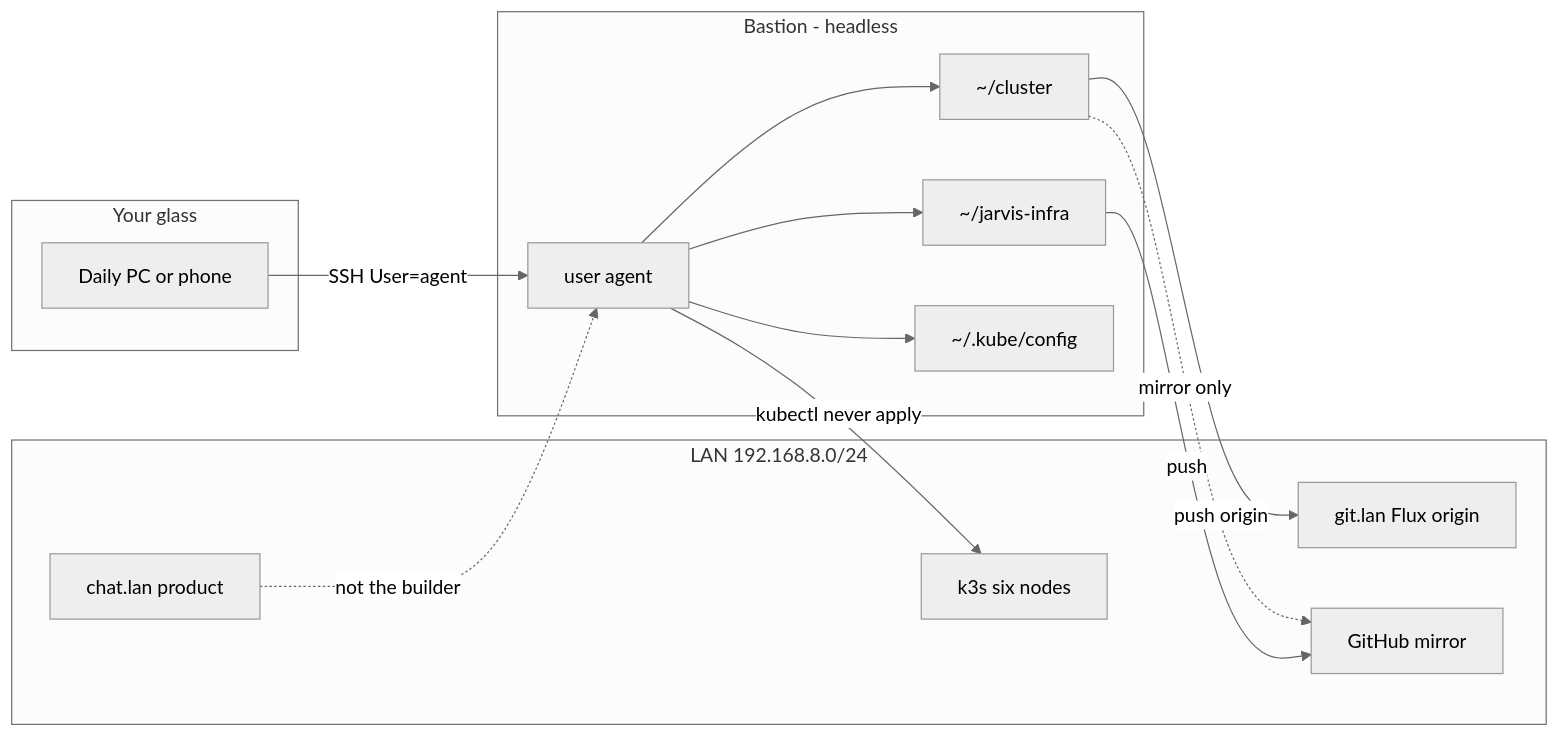
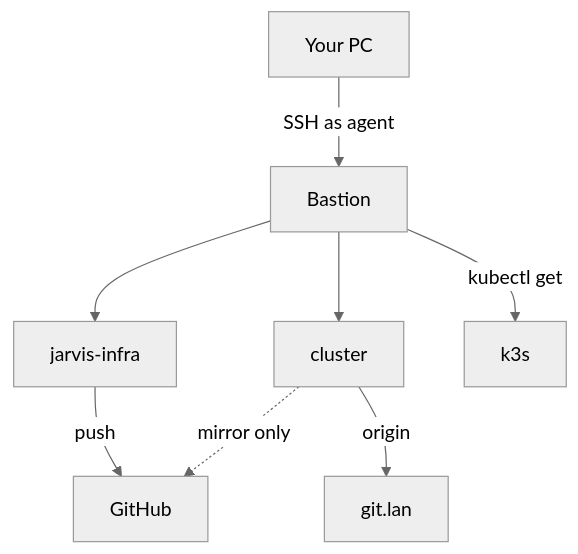
The second of 5 diagrams in docs/DEVOPS.md (gordoncooper/jarvis-infra), drawn with Mermaid (neutral theme) before and after one commit. The commit also changed other lines of this file, not shown here.

Commit message:
docs: DEVOPS diagrams + day-0 time estimates

````diff
--- a/docs/DEVOPS.md
+++ b/docs/DEVOPS.md
@@ -18,27 +44,10 @@
 ```mermaid
-flowchart LR
-  subgraph you [Your glass]
-    PC[Daily PC or phone]
-  end
-  subgraph jump [Bastion - headless]
-    Agent["user agent"]
-    Infra["~/jarvis-infra"]
-    Cluster["~/cluster"]
-    Kube["~/.kube/config"]
-  end
-  subgraph house [LAN 192.168.8.0/24]
-    Gitea["git.lan Flux origin"]
-    GH[GitHub mirror]
-    K3s[k3s six nodes]
-    Chat["chat.lan product"]
-  end
-  PC -->|SSH User=agent| Agent
-  Agent --> Infra
-  Agent --> Cluster
-  Agent --> Kube
-  Infra -->|push| GH
-  Cluster -->|push origin| Gitea
-  Cluster -.->|mirror only| GH
-  Agent -->|kubectl never apply| K3s
-  Chat -.->|not the builder| Agent
+flowchart TB
+  You[Your PC] -->|SSH as agent| Bastion
+  Bastion --> Infra["jarvis-infra"]
+  Bastion --> Cl["cluster"]
+  Infra -->|push| GH[GitHub]
+  Cl -->|origin| Gitea[git.lan]
+  Cl -.->|mirror only| GH
+  Bastion -->|kubectl get| K3s[k3s]
 ```
````
